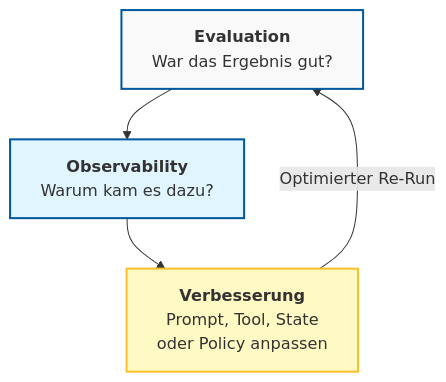
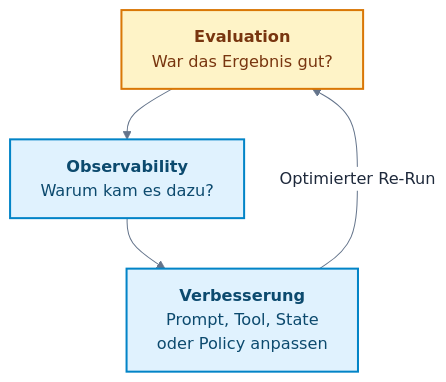
One commit to ralf-42/GenAI changed the first of 3 diagrams in docs/07-qualitaet-sicherheit/evaluation-observability.md. Above: the diagram before and after it, drawn with Mermaid. The commit also changed other lines of this file and 25 other files, not shown here.

````diff
--- a/docs/07-qualitaet-sicherheit/evaluation-observability.md
+++ b/docs/07-qualitaet-sicherheit/evaluation-observability.md
@@ -34,12 +34,30 @@
 ```mermaid
+---
+config:
+  theme: base
+  look: classic
+  themeVariables:
+    primaryColor: '#e0f2fe'
+    primaryBorderColor: '#0284c7'
+    primaryTextColor: '#1e293b'
+    lineColor: '#64748b'
+    clusterBkg: '#f8fafc'
+    clusterBorder: '#cbd5e1'
+    noteBkgColor: '#fef3c7'
+    noteBorderColor: '#d97706'
+    noteTextColor: '#78350f'
+    edgeLabelBackground: '#ffffff'
+---
+
 flowchart TD
     A["<b>Evaluation</b><br>War das Ergebnis gut?"] --> B["<b>Observability</b><br>Warum kam es dazu?"]
     B --> C["<b>Verbesserung</b><br>Prompt, Tool, State<br>oder Policy anpassen"]
     C -- "Optimierter Re-Run" --> A
-    
+
     %% Optisches Highlight für den Loop
-    
-    style A fill:#f9f9f9,stroke:#01579b,stroke-width:2px 
-    style B fill:#e1f5fe,stroke:#01579b,stroke-width:2px 
-    style C fill:#fff9c4,stroke:#fbc02d,stroke-width:2px
+
+%% Funktionsfarben nach Mermaid_Best_Practices.md
+classDef default fill:#e0f2fe,stroke:#0284c7,stroke-width:2px,color:#0c4a6e;
+classDef metric fill:#fef3c7,stroke:#d97706,stroke-width:2px,color:#78350f;
+class A metric;
 ```
````
